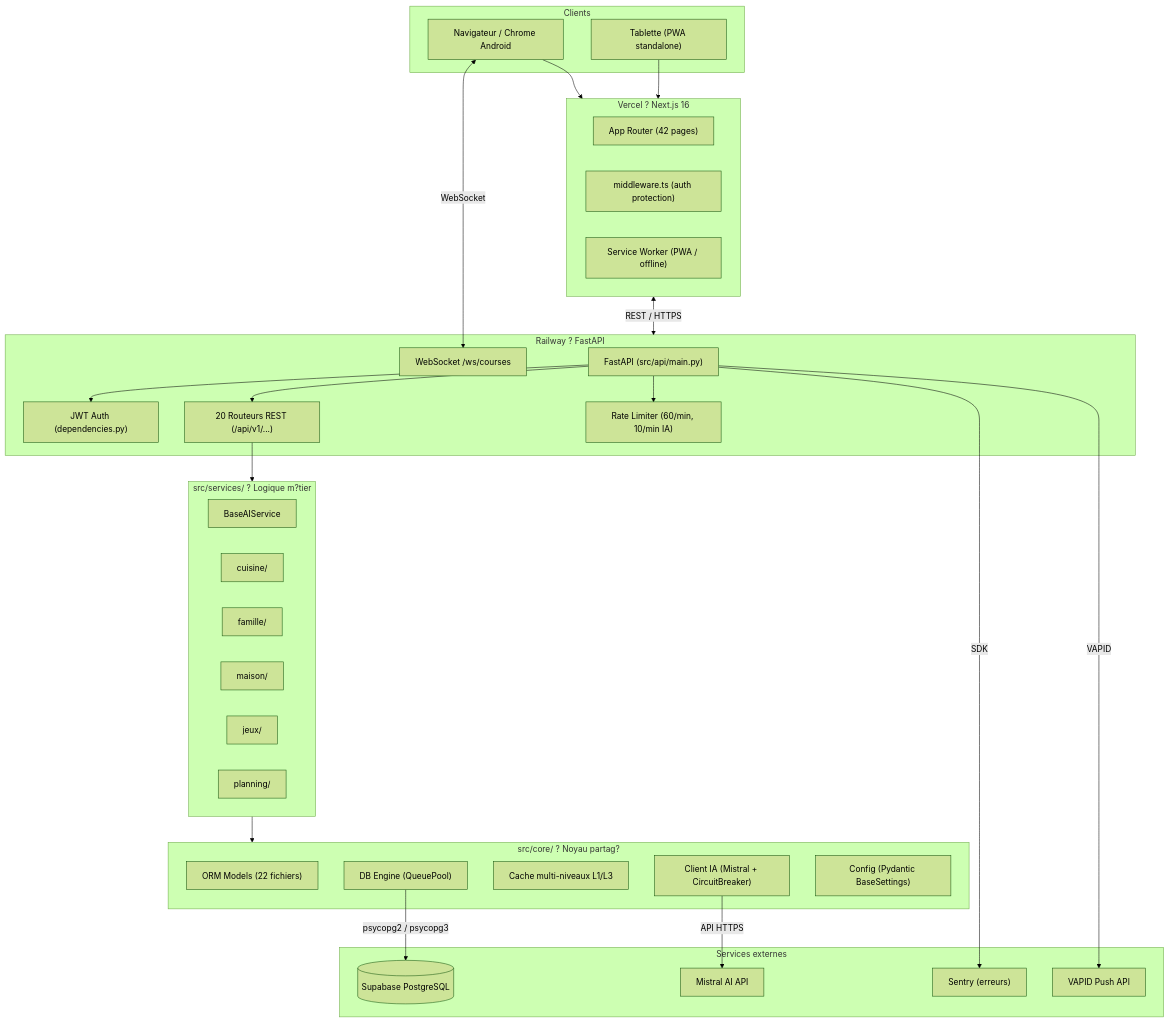
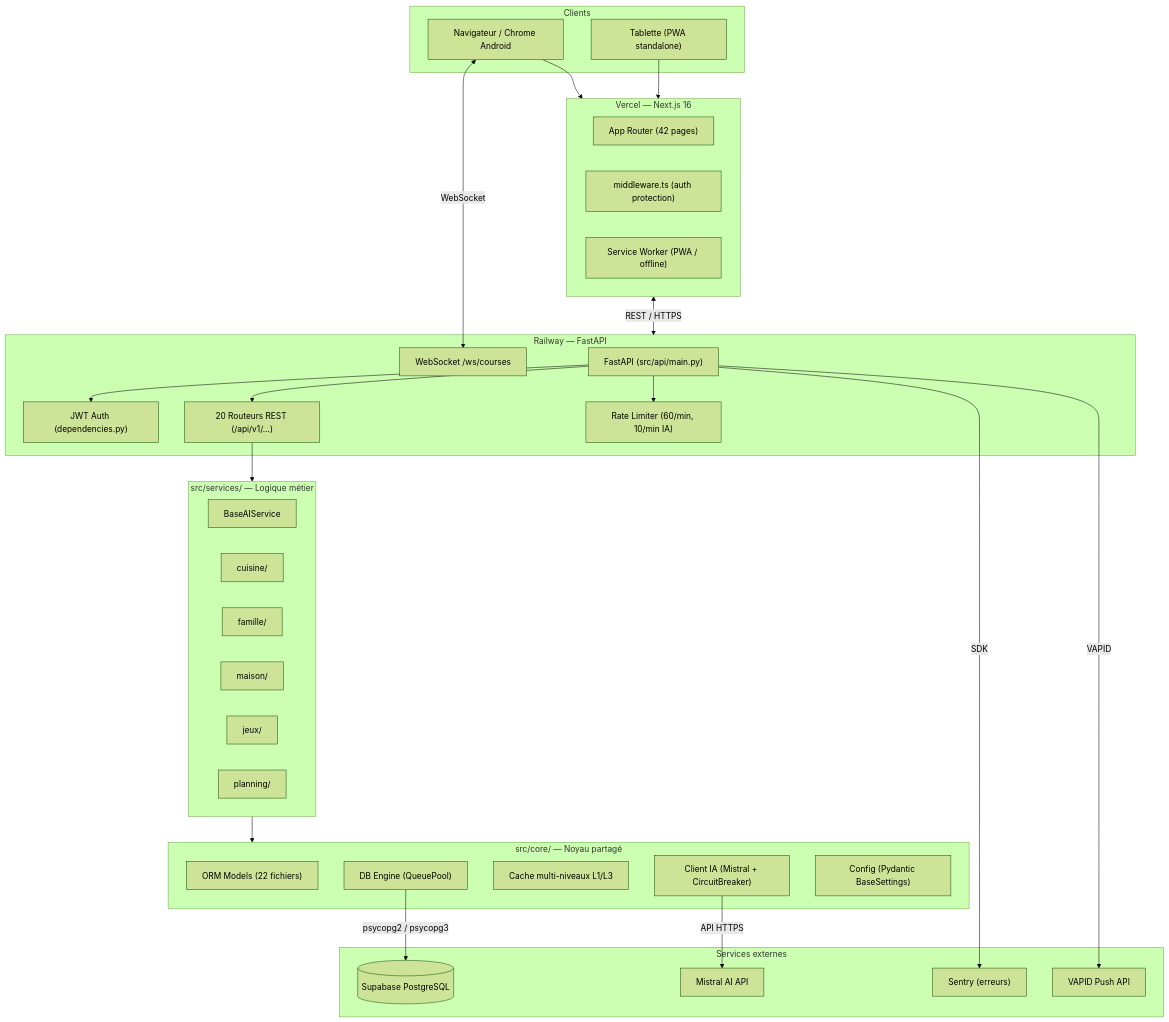
The first of 2 diagrams in docs/ARCHITECTURE.md (Trilian/assistant_matanne), drawn with Mermaid (forest theme) before and after one commit. The commit also changed other lines of this file and 36 other files, not shown here.

````diff
--- a/docs/ARCHITECTURE.md
+++ b/docs/ARCHITECTURE.md
@@ -377,59 +377,59 @@
 ```mermaid
 graph TB
     subgraph Clients
         Browser["Navigateur / Chrome Android"]
         Mobile["Tablette (PWA standalone)"]
     end
 
-    subgraph Vercel["Vercel ? Next.js 16"]
+    subgraph Vercel["Vercel — Next.js 16"]
         NextApp["App Router (42 pages)"]
         MW["middleware.ts (auth protection)"]
         SW["Service Worker (PWA / offline)"]
     end
 
-    subgraph Railway["Railway ? FastAPI"]
+    subgraph Railway["Railway — FastAPI"]
         API["FastAPI (src/api/main.py)"]
         Auth["JWT Auth (dependencies.py)"]
         Routes["20 Routeurs REST (/api/v1/...)"]
         WS["WebSocket /ws/courses"]
         RL["Rate Limiter (60/min, 10/min IA)"]
     end
 
-    subgraph CoreBackend["src/core/ ? Noyau partag?"]
+    subgraph CoreBackend["src/core/ — Noyau partagé"]
         Models["ORM Models (22 fichiers)"]
         DB["DB Engine (QueuePool)"]
         Cache["Cache multi-niveaux L1/L3"]
         AI["Client IA (Mistral + CircuitBreaker)"]
         Config["Config (Pydantic BaseSettings)"]
     end
 
-    subgraph Services["src/services/ ? Logique m?tier"]
+    subgraph Services["src/services/ — Logique métier"]
         BaseAI["BaseAIService"]
         Cuisine["cuisine/"]
         Famille["famille/"]
         Maison["maison/"]
         Jeux["jeux/"]
         Planning["planning/"]
     end
 
     subgraph External["Services externes"]
         Supabase[("Supabase PostgreSQL")]
         MistralAI["Mistral AI API"]
         Sentry["Sentry (erreurs)"]
         Push["VAPID Push API"]
     end
 
     Browser --> Vercel
     Mobile --> Vercel
     Vercel <-->|"REST / HTTPS"| Railway
     Browser <-->|"WebSocket"| WS
     API --> Auth
     API --> Routes
     API --> RL
     Routes --> Services
     Services --> CoreBackend
     DB -->|"psycopg2 / psycopg3"| Supabase
     AI -->|"API HTTPS"| MistralAI
     API -->|"SDK"| Sentry
     API -->|"VAPID"| Push
 ```
````
